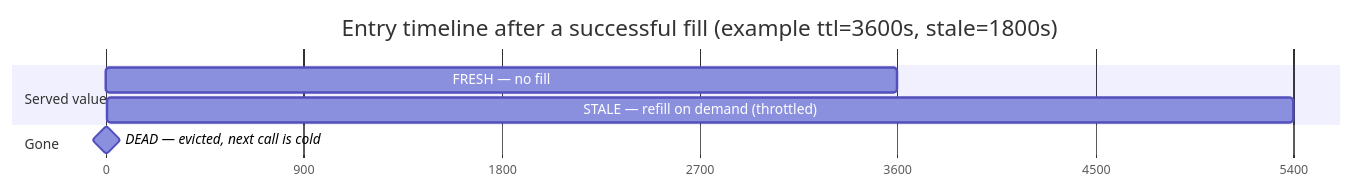
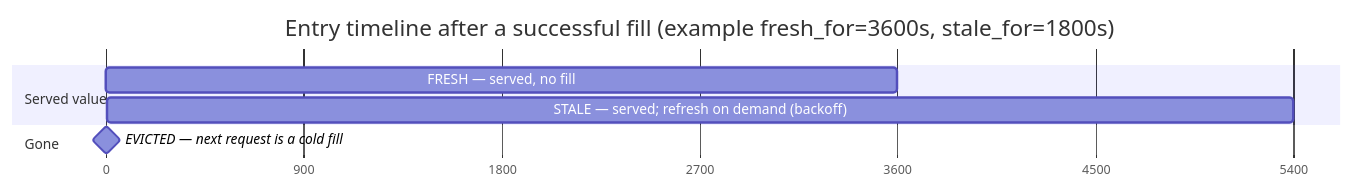
Before and after one commit to sea-snake/internet-identity: the fourth of 7 diagrams in docs/ongoing/openid-sso-prod-readiness.md, drawn with Mermaid. The commit also changed other lines of this file, not shown here.

````diff
--- a/docs/ongoing/openid-sso-prod-readiness.md
+++ b/docs/ongoing/openid-sso-prod-readiness.md
@@ -412,11 +423,11 @@
 ```mermaid
 gantt
-    title Entry timeline after a successful fill (example ttl=3600s, stale=1800s)
+    title Entry timeline after a successful fill (example fresh_for=3600s, stale_for=1800s)
     dateFormat X
     axisFormat %s
     section Served value
-    FRESH — no fill                  :0, 3600
-    STALE — refill on demand (throttled) :3600, 5400
+    FRESH — served, no fill                     :0, 3600
+    STALE — served; refresh on demand (backoff) :3600, 5400
     section Gone
-    DEAD — evicted, next call is cold :milestone, 5400, 0
+    EVICTED — next request is a cold fill        :milestone, 5400, 0
 ```
````
